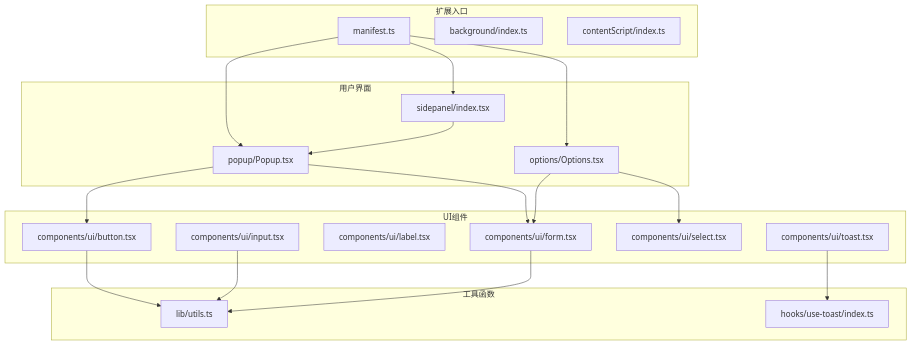
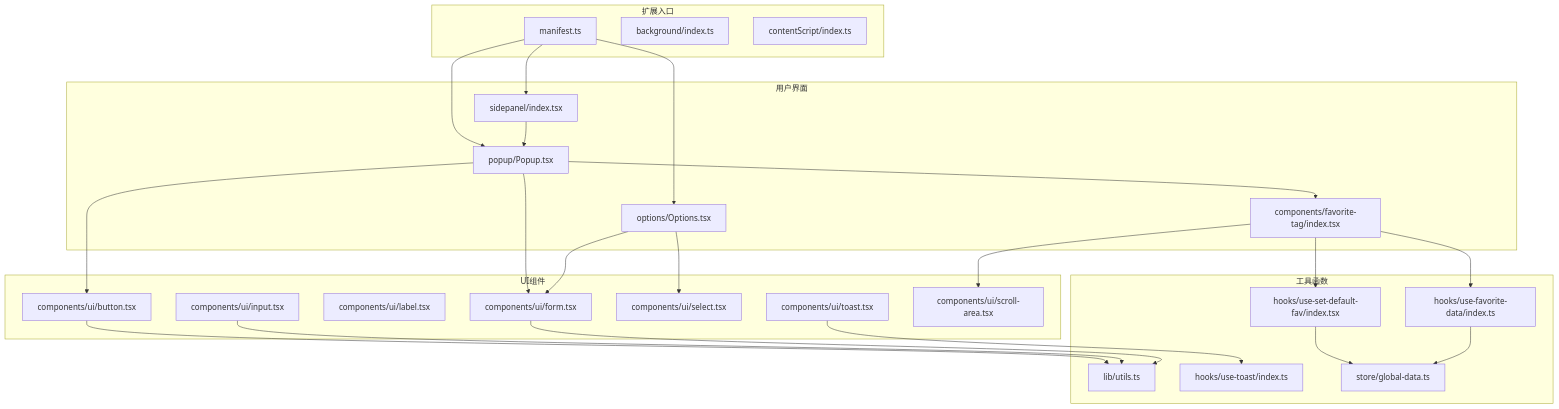
The first of 12 diagrams in .qoder/repowiki/zh/content/Accessibility Enhancements.md (RadiumAg/bilibili-favorites), drawn with Mermaid before and after one commit. The commit also changed other lines of this file and 5 other files, not shown here.

````diff
--- a/.qoder/repowiki/zh/content/Accessibility Enhancements.md
+++ b/.qoder/repowiki/zh/content/Accessibility Enhancements.md
@@ -43,37 +56,48 @@
 ```mermaid
 graph TB
 subgraph "扩展入口"
 Manifest[manifest.ts]
 Background[background/index.ts]
 ContentScript[contentScript/index.ts]
 end
 subgraph "用户界面"
 Popup[popup/Popup.tsx]
 Options[options/Options.tsx]
 SidePanel[sidepanel/index.tsx]
+FavoriteTag[components/favorite-tag/index.tsx]
 end
 subgraph "UI组件"
 Button[components/ui/button.tsx]
 Input[components/ui/input.tsx]
 Label[components/ui/label.tsx]
 Form[components/ui/form.tsx]
 Select[components/ui/select.tsx]
 Toast[components/ui/toast.tsx]
+ScrollArea[components/ui/scroll-area.tsx]
 end
 subgraph "工具函数"
 Utils[lib/utils.ts]
 Hooks[hooks/use-toast/index.ts]
+SetDefaultFav[hooks/use-set-default-fav/index.tsx]
+FavoriteData[hooks/use-favorite-data/index.ts]
+GlobalData[store/global-data.ts]
 end
 Manifest --> Popup
 Manifest --> Options
 Manifest --> SidePanel
+Popup --> FavoriteTag
 Popup --> Button
 Popup --> Form
 Options --> Form
 Options --> Select
 SidePanel --> Popup
+FavoriteTag --> SetDefaultFav
+FavoriteTag --> FavoriteData
+FavoriteTag --> ScrollArea
+SetDefaultFav --> GlobalData
+FavoriteData --> GlobalData
 Button --> Utils
 Input --> Utils
 Form --> Utils
 Toast --> Hooks
 ```
````
